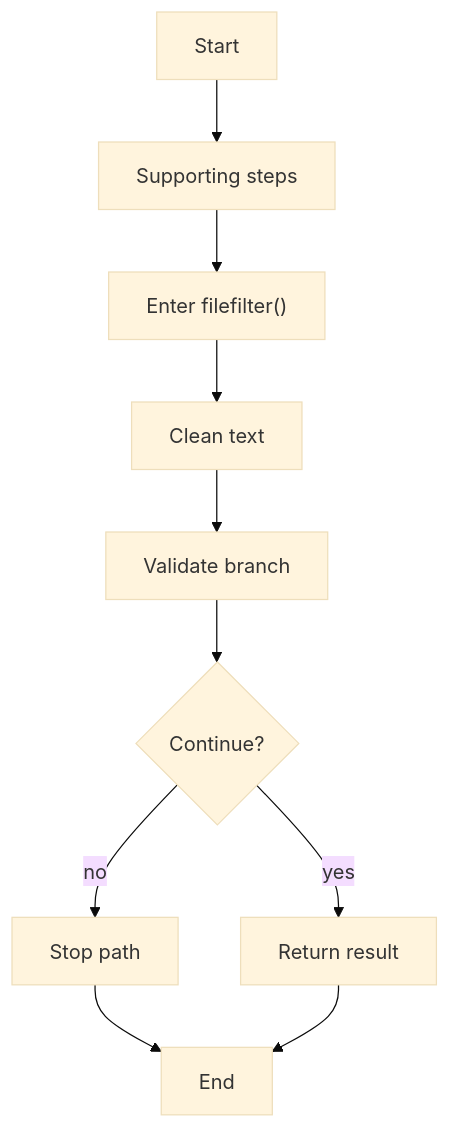
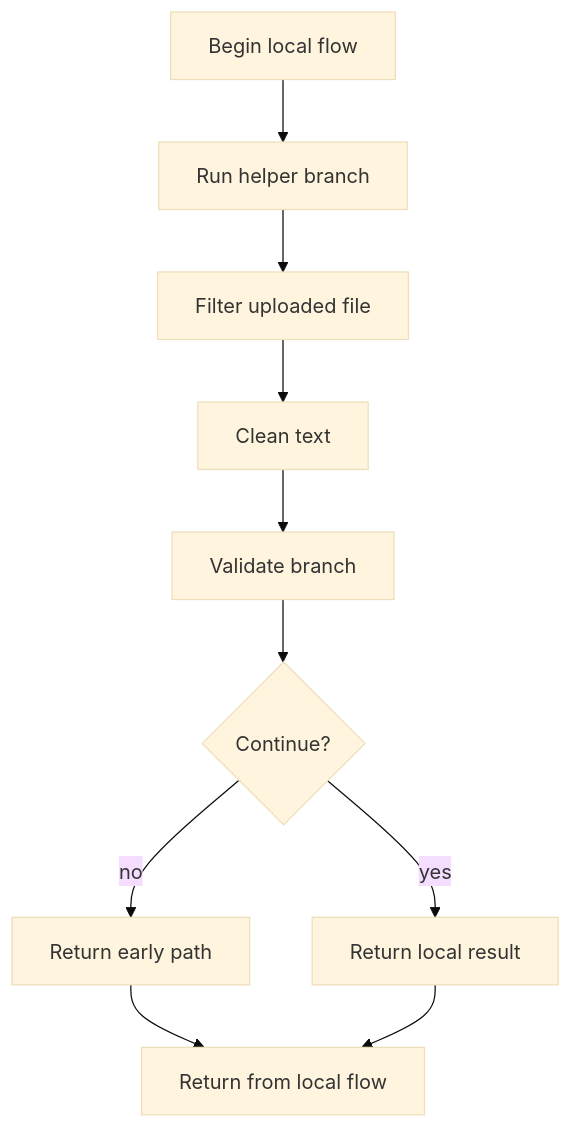
The first of 2 diagrams in docs/Codebase/Backend/src/middleware/upload.js.md (JohnAndrewBalbarosa/NeoTerritory), drawn with Mermaid (base theme) before and after one commit. The commit also changed other lines of this file and 925 other files, not shown here.

````diff
--- a/docs/Codebase/Backend/src/middleware/upload.js.md
+++ b/docs/Codebase/Backend/src/middleware/upload.js.md
@@ -22,21 +21,21 @@
 ```mermaid
 flowchart TD
-    Start["Start"]
-    N0["Supporting steps"]
-    N1["Enter filefilter()"]
+    Start["Begin local flow"]
+    N0["Run helper branch"]
+    N1["Filter uploaded file"]
     N2["Clean text"]
     N3["Validate branch"]
     D3{"Continue?"}
-    R3["Stop path"]
-    N4["Return result"]
-    End["End"]
+    R3["Return early path"]
+    N4["Return local result"]
+    End["Return from local flow"]
     Start --> N0
     N0 --> N1
     N1 --> N2
     N2 --> N3
     N3 --> D3
     D3 -->|yes| N4
     D3 -->|no| R3
     R3 --> End
     N4 --> End
 ```
````
